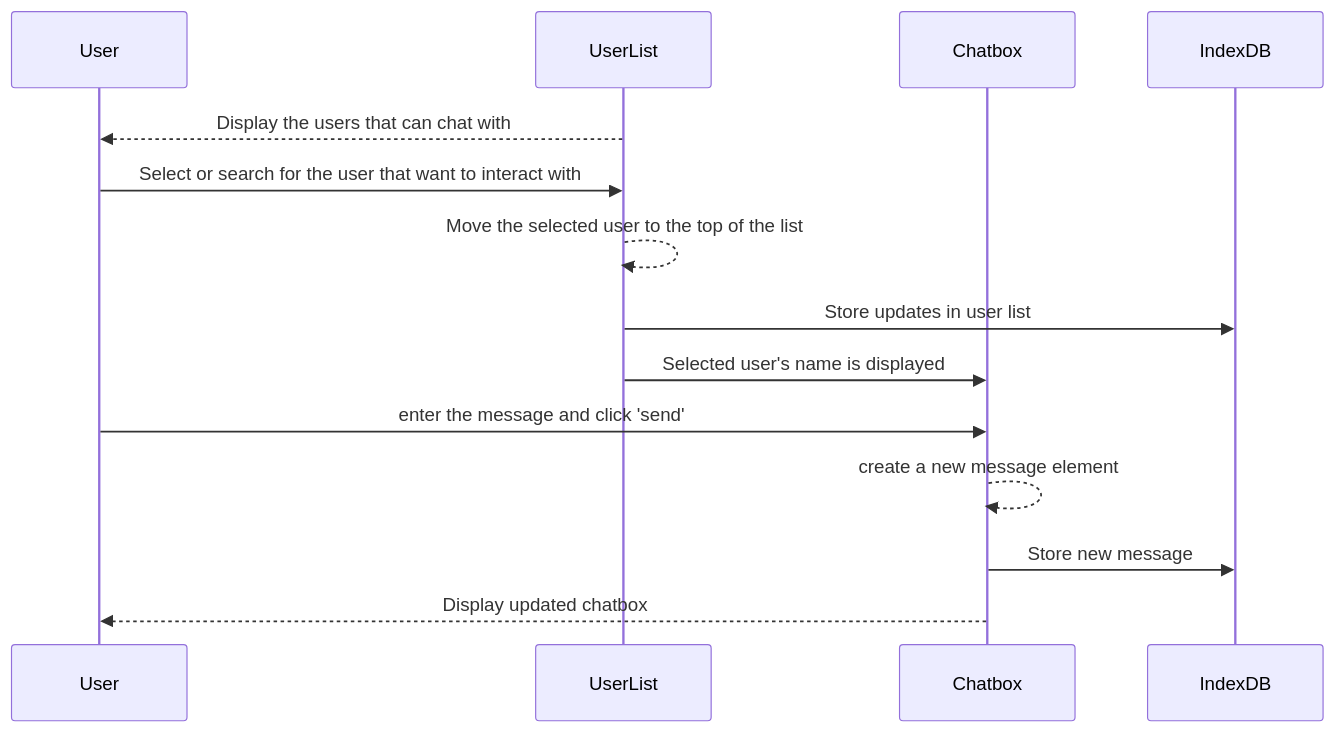
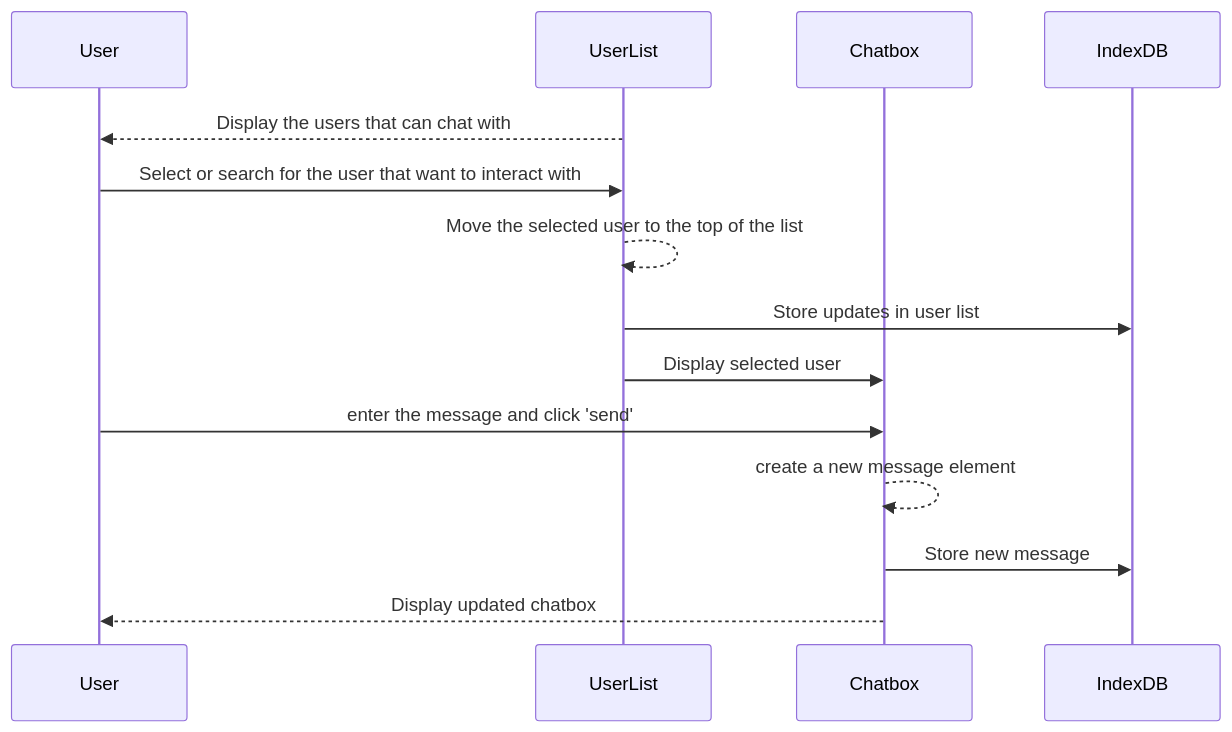
The diagram in team/m3/sammie-yu/feature-sequence-diagram.md (ginpks/TRANSPORTATION), drawn with Mermaid before and after one commit.

````diff
--- a/team/m3/sammie-yu/feature-sequence-diagram.md
+++ b/team/m3/sammie-yu/feature-sequence-diagram.md
@@ -1,18 +1,18 @@
 ```mermaid
 sequenceDiagram
     participant User
     participant UserList
     participant Chatbox
     participant IndexDB
 
     UserList -->> User: Display the users that can chat with 
     User ->> UserList: Select or search for the user that want to interact with
     UserList -->> UserList: Move the selected user to the top of the list
     UserList ->> IndexDB: Store updates in user list
-    UserList ->> Chatbox: Selected user's name is displayed
+    UserList ->> Chatbox: Display selected user
     User ->> Chatbox: enter the message and click 'send'
     Chatbox -->> Chatbox: create a new message element
     Chatbox ->> IndexDB: Store new message 
     Chatbox -->> User: Display updated chatbox
     
 ```
````
